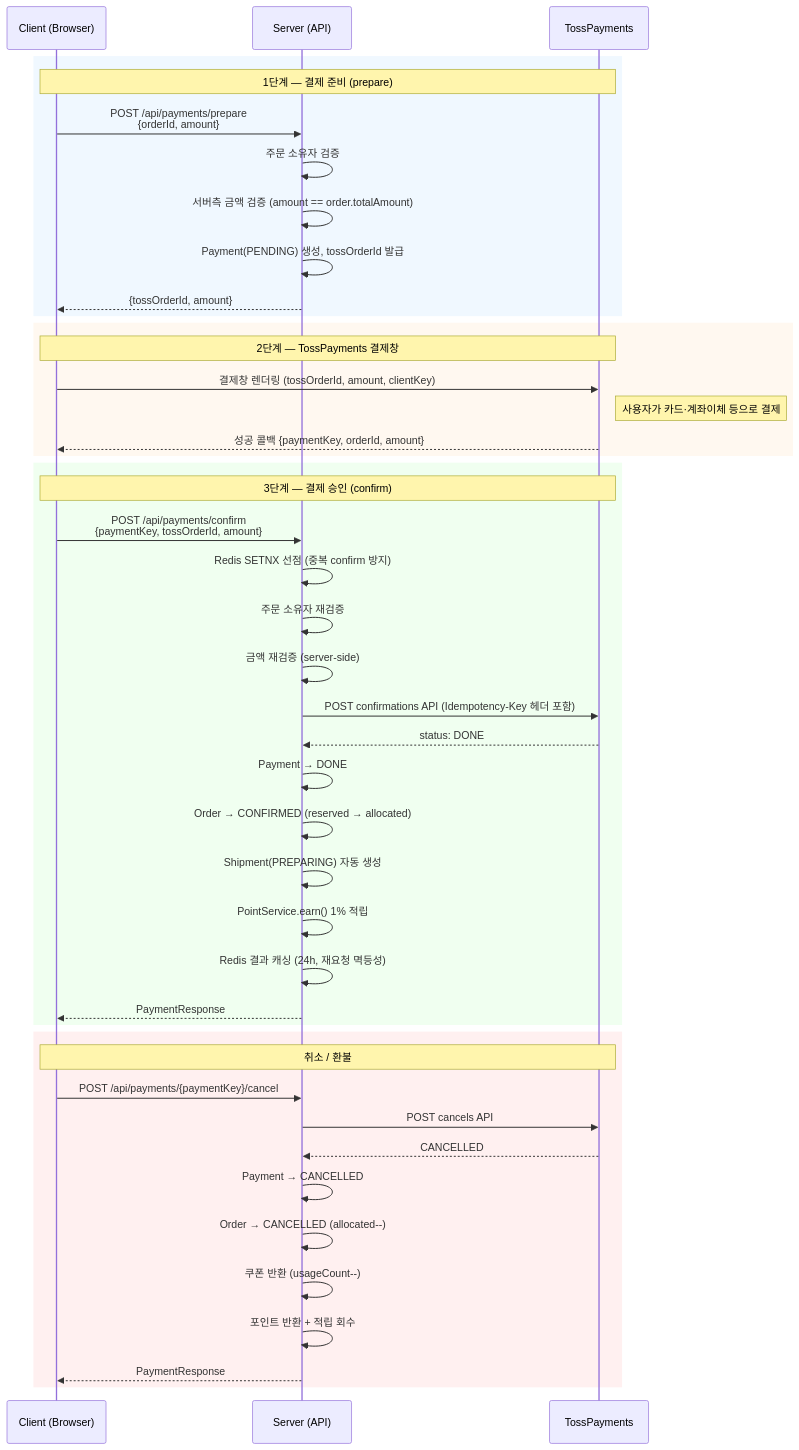
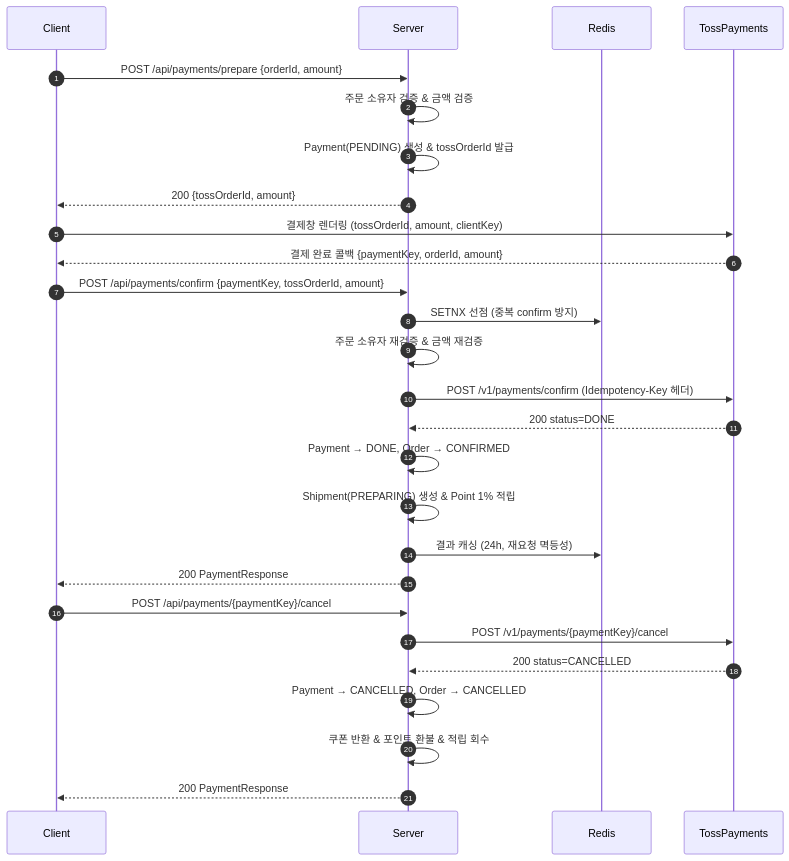
The third of 6 diagrams in README.md (nameless0422/stock-management-api), drawn with Mermaid before and after one commit.

Commit message:
docs: TossPayments sequenceDiagram 가독성 개선 (rect/Note 제거, autonumber 추가)

````diff
--- a/README.md
+++ b/README.md
@@ -424,50 +424,37 @@
 ```mermaid
 sequenceDiagram
-    participant C as Client (Browser)
-    participant S as Server (API)
+    autonumber
+    participant C as Client
+    participant S as Server
+    participant R as Redis
     participant T as TossPayments
 
-    rect rgb(240, 248, 255)
-        Note over C,T: 1단계 — 결제 준비 (prepare)
-        C->>S: POST /api/payments/prepare<br/>{orderId, amount}
-        S->>S: 주문 소유자 검증
-        S->>S: 서버측 금액 검증 (amount == order.totalAmount)
-        S->>S: Payment(PENDING) 생성, tossOrderId 발급
-        S-->>C: {tossOrderId, amount}
-    end
+    %% 1단계: 결제 준비
+    C->>S: POST /api/payments/prepare {orderId, amount}
+    S->>S: 주문 소유자 검증 & 금액 검증
+    S->>S: Payment(PENDING) 생성 & tossOrderId 발급
+    S-->>C: 200 {tossOrderId, amount}
 
-    rect rgb(255, 248, 240)
-        Note over C,T: 2단계 — TossPayments 결제창
-        C->>T: 결제창 렌더링 (tossOrderId, amount, clientKey)
-        Note right of T: 사용자가 카드·계좌이체 등으로 결제
-        T-->>C: 성공 콜백 {paymentKey, orderId, amount}
-    end
+    %% 2단계: TossPayments 결제창
+    C->>T: 결제창 렌더링 (tossOrderId, amount, clientKey)
+    T-->>C: 결제 완료 콜백 {paymentKey, orderId, amount}
 
-    rect rgb(240, 255, 240)
-        Note over C,T: 3단계 — 결제 승인 (confirm)
-        C->>S: POST /api/payments/confirm<br/>{paymentKey, tossOrderId, amount}
-        S->>S: Redis SETNX 선점 (중복 confirm 방지)
-        S->>S: 주문 소유자 재검증
-        S->>S: 금액 재검증 (server-side)
-        S->>T: POST confirmations API (Idempotency-Key 헤더 포함)
-        T-->>S: status: DONE
-        S->>S: Payment → DONE
-        S->>S: Order → CONFIRMED (reserved → allocated)
-        S->>S: Shipment(PREPARING) 자동 생성
-        S->>S: PointService.earn() 1% 적립
-        S->>S: Redis 결과 캐싱 (24h, 재요청 멱등성)
-        S-->>C: PaymentResponse
-    end
+    %% 3단계: 결제 승인
+    C->>S: POST /api/payments/confirm {paymentKey, tossOrderId, amount}
+    S->>R: SETNX 선점 (중복 confirm 방지)
+    S->>S: 주문 소유자 재검증 & 금액 재검증
+    S->>T: POST /v1/payments/confirm (Idempotency-Key 헤더)
+    T-->>S: 200 status=DONE
+    S->>S: Payment → DONE, Order → CONFIRMED
+    S->>S: Shipment(PREPARING) 생성 & Point 1% 적립
+    S->>R: 결과 캐싱 (24h, 재요청 멱등성)
+    S-->>C: 200 PaymentResponse
 
-    rect rgb(255, 240, 240)
-        Note over C,T: 취소 / 환불
-        C->>S: POST /api/payments/{paymentKey}/cancel
-        S->>T: POST cancels API
-        T-->>S: CANCELLED
-        S->>S: Payment → CANCELLED
-        S->>S: Order → CANCELLED (allocated--)
-        S->>S: 쿠폰 반환 (usageCount--)
-        S->>S: 포인트 반환 + 적립 회수
-        S-->>C: PaymentResponse
-    end
+    %% 취소/환불
+    C->>S: POST /api/payments/{paymentKey}/cancel
+    S->>T: POST /v1/payments/{paymentKey}/cancel
+    T-->>S: 200 status=CANCELLED
+    S->>S: Payment → CANCELLED, Order → CANCELLED
+    S->>S: 쿠폰 반환 & 포인트 환불 & 적립 회수
+    S-->>C: 200 PaymentResponse
 ```
````
